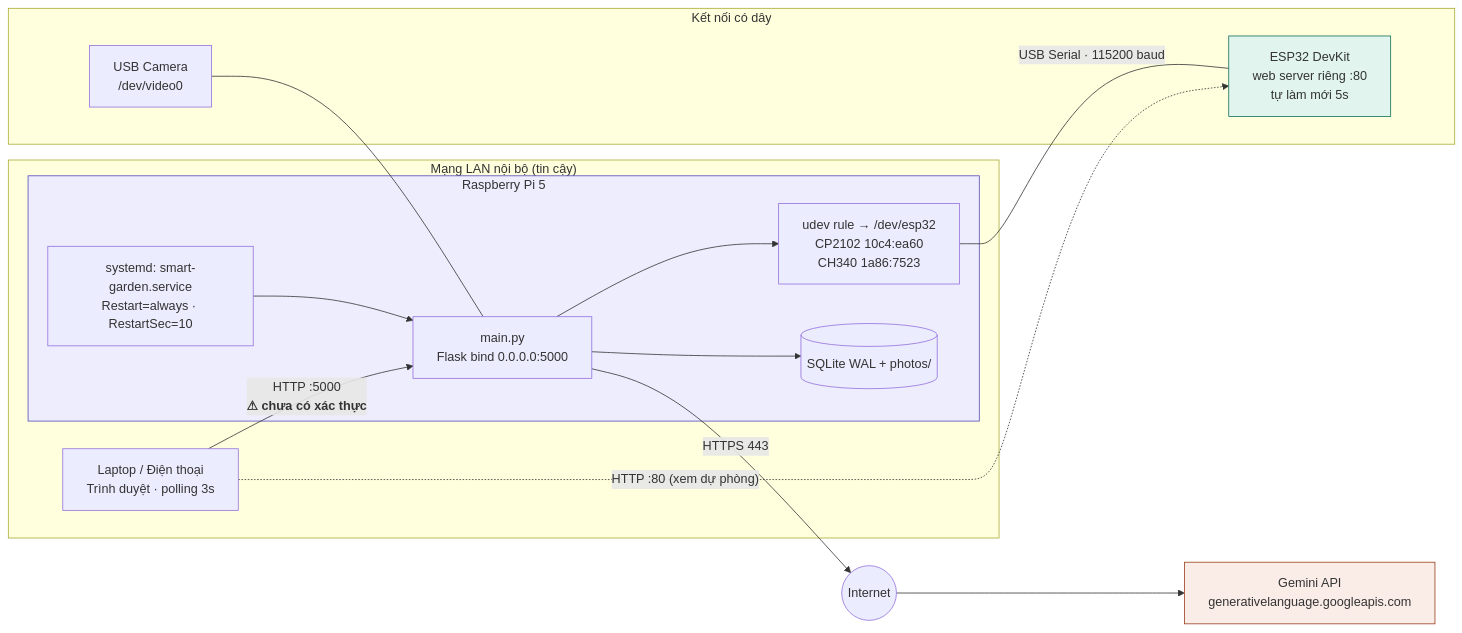
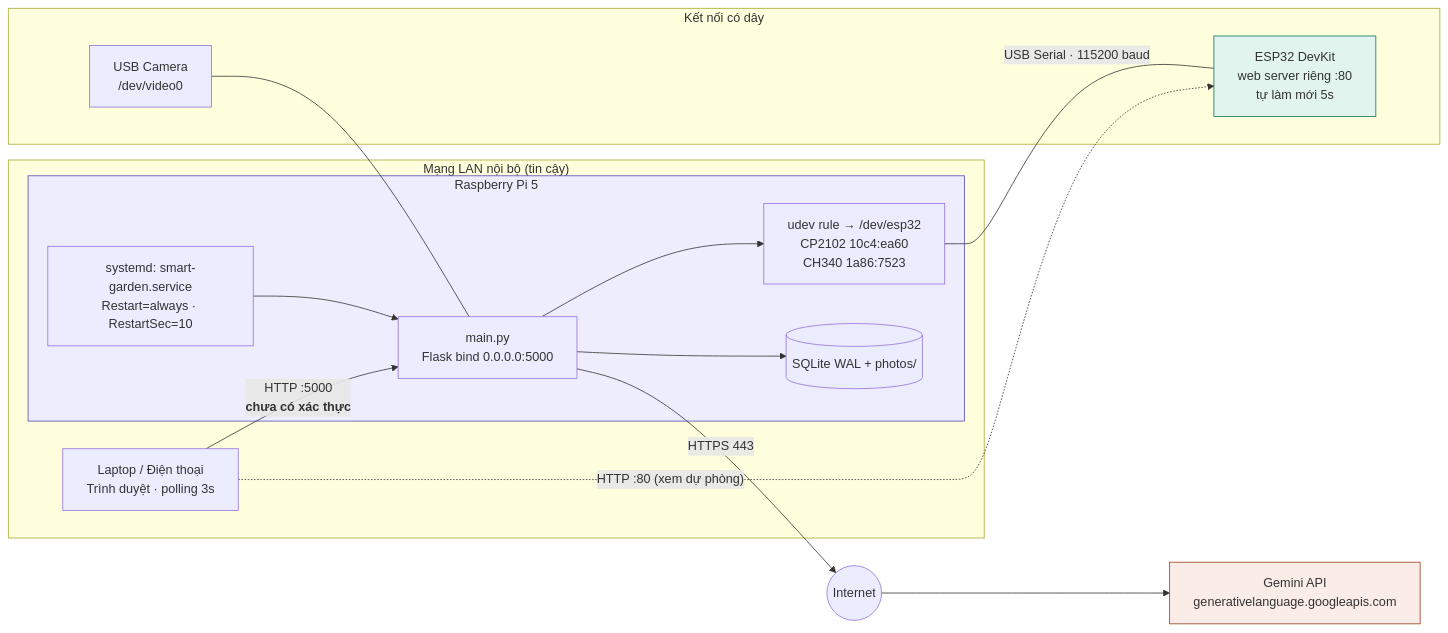
Before and after one commit to dtc245010034-rgb/Home-Garden-An-IoT-AI-System-for-Automated-Plant-Care-last: the sixth of 8 diagrams in doc/smart_garden_diagrams_v2.md, drawn with Mermaid. The commit also changed other lines of this file and 6 other files, not shown here.

````diff
--- a/doc/smart_garden_diagrams_v2.md
+++ b/doc/smart_garden_diagrams_v2.md
@@ -278,34 +278,34 @@
 ```mermaid
 flowchart LR
     subgraph LAN["Mạng LAN nội bộ (tin cậy)"]
         subgraph PIBOX["Raspberry Pi 5"]
             SVC["systemd: smart-garden.service<br/>Restart=always · RestartSec=10"]
             APP["main.py<br/>Flask bind 0.0.0.0:5000"]
             UDEV["udev rule → /dev/esp32<br/>CP2102 10c4:ea60<br/>CH340 1a86:7523"]
             SQL[("SQLite WAL + photos/")]
         end
         PC["Laptop / Điện thoại<br/>Trình duyệt · polling 3s"]
     end
 
     subgraph WIRED["Kết nối có dây"]
         ESP["ESP32 DevKit<br/>web server riêng :80<br/>tự làm mới 5s"]
         USB["USB Camera<br/>/dev/video0"]
     end
 
     NET(("Internet"))
     GEM["Gemini API<br/>generativelanguage.googleapis.com"]
 
     SVC --> APP
     APP --> SQL
     APP --> UDEV
     UDEV ---|"USB Serial · 115200 baud"| ESP
     USB --- APP
-    PC -->|"HTTP :5000<br/><b>⚠ chưa có xác thực</b>"| APP
+    PC -->|"HTTP :5000<br/><b>chưa có xác thực</b>"| APP
     PC -.->|"HTTP :80 (xem dự phòng)"| ESP
     APP -->|"HTTPS 443"| NET
     NET --> GEM
 
     style GEM fill:#FAECE7,stroke:#993C1D
     style PIBOX fill:#EEEDFE,stroke:#534AB7
     style ESP fill:#E1F5EE,stroke:#0F6E56
 ```
````
